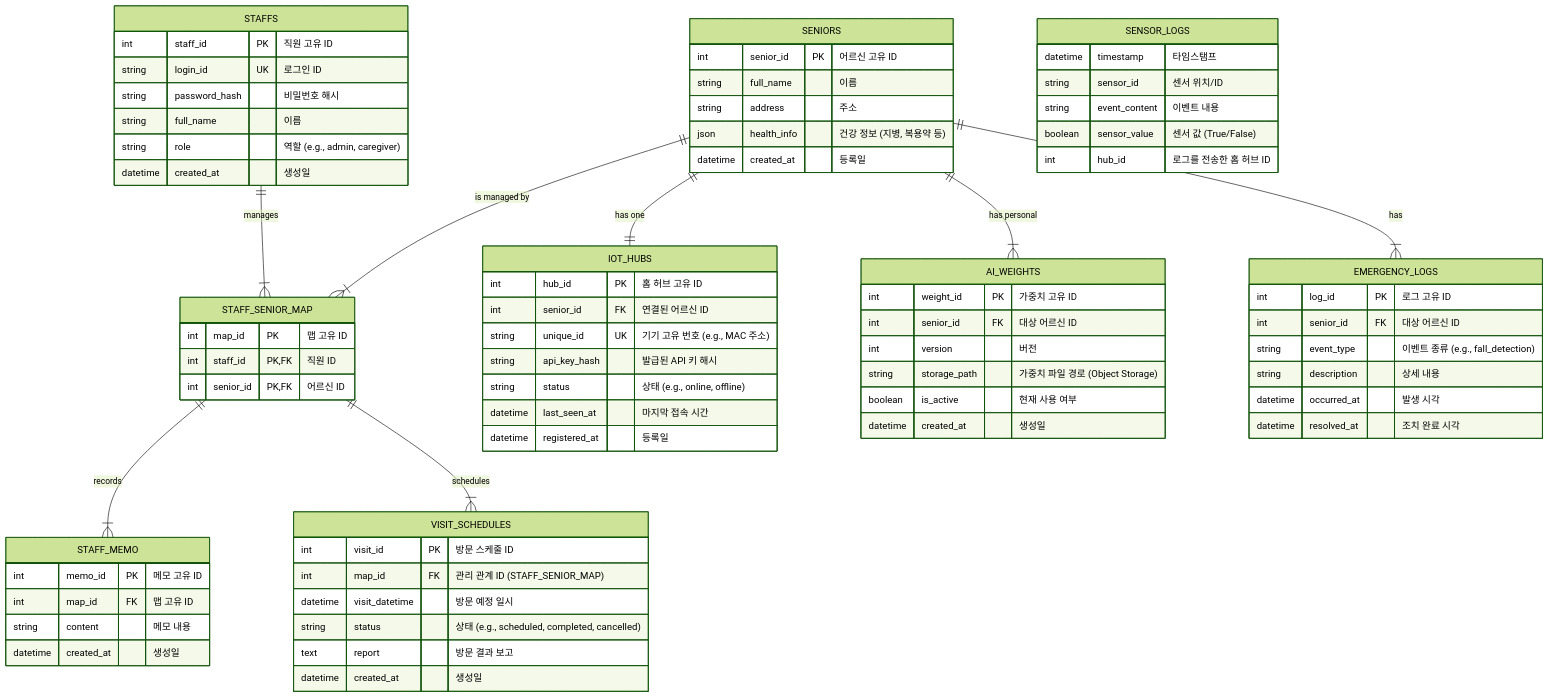
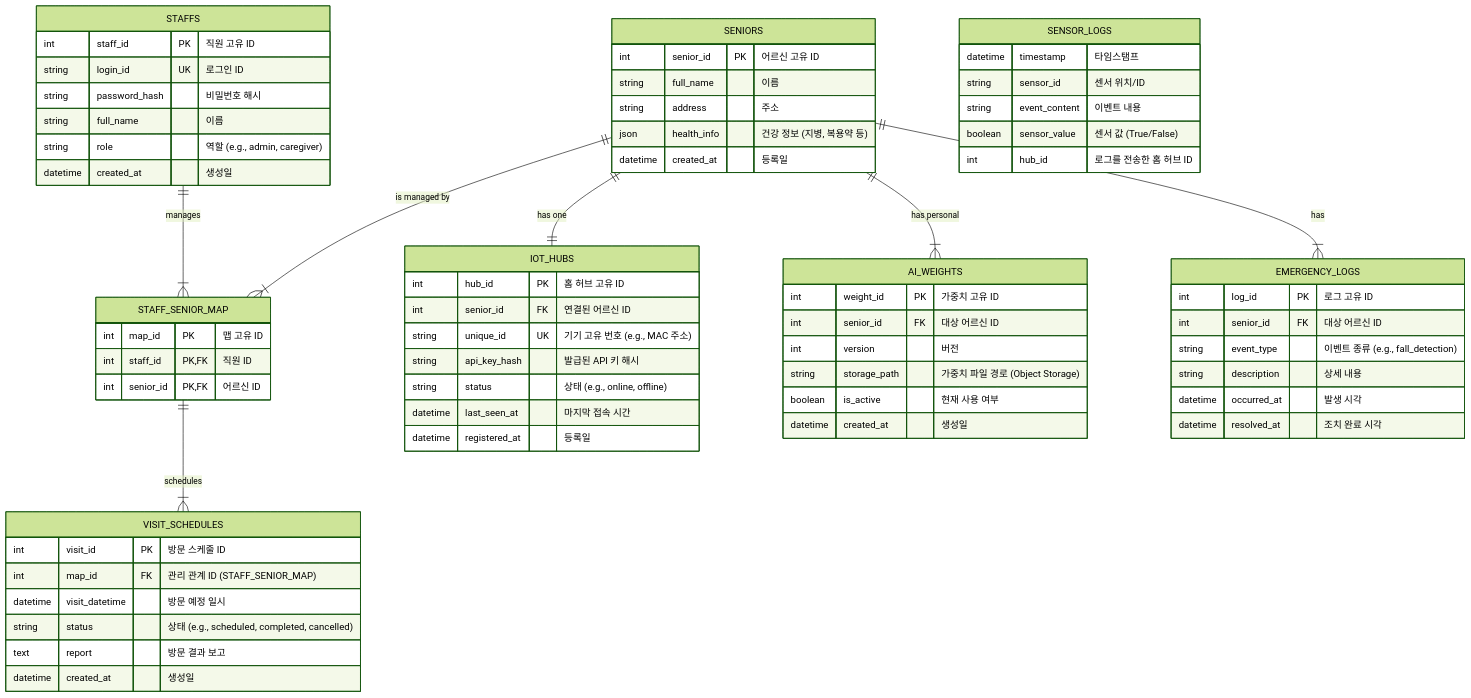
The diagram in BackEnd/design/ERD.mmd (jiminh03/SST), drawn with Mermaid (forest theme) before and after one commit. The commit also changed 12 other files, not shown here.

```diff
--- a/BackEnd/design/ERD.mmd
+++ b/BackEnd/design/ERD.mmd
@@ -1,93 +1,85 @@
 erDiagram
     %% --- Entities Definition ---
 
     STAFFS {
         int staff_id PK "직원 고유 ID"
         string login_id UK "로그인 ID"
         string password_hash "비밀번호 해시"
         string full_name "이름"
         string role "역할 (e.g., admin, caregiver)"
         datetime created_at "생성일"
     }
 
     SENIORS {
         int senior_id PK "어르신 고유 ID"
         string full_name "이름"
         string address "주소"
         json health_info "건강 정보 (지병, 복용약 등)"
         datetime created_at "등록일"
     }
 
     STAFF_SENIOR_MAP {
         int map_id PK "맵 고유 ID"
         int staff_id PK, FK "직원 ID"
         int senior_id PK, FK "어르신 ID"
-    }
-
-    STAFF_MEMO {
-        int memo_id PK "메모 고유 ID"
-        int map_id FK "맵 고유 ID"
-        string content "메모 내용"
-        datetime created_at "생성일"
     }
 
     IOT_HUBS {
         int hub_id PK "홈 허브 고유 ID"
         int senior_id FK "연결된 어르신 ID"
         string unique_id UK "기기 고유 번호 (e.g., MAC 주소)"
         string api_key_hash "발급된 API 키 해시"
         string status "상태 (e.g., online, offline)"
         datetime last_seen_at "마지막 접속 시간"
         datetime registered_at "등록일"
     }
 
     AI_WEIGHTS {
         int weight_id PK "가중치 고유 ID"
         int senior_id FK "대상 어르신 ID"
         int version "버전"
         string storage_path "가중치 파일 경로 (Object Storage)"
         boolean is_active "현재 사용 여부"
         datetime created_at "생성일"
     }
 
     EMERGENCY_LOGS {
         int log_id PK "로그 고유 ID"
         int senior_id FK "대상 어르신 ID"
         string event_type "이벤트 종류 (e.g., fall_detection)"
         string description "상세 내용"
         datetime occurred_at "발생 시각"
         datetime resolved_at "조치 완료 시각"
     }
 
     VISIT_SCHEDULES {
     int visit_id PK "방문 스케줄 ID"
     int map_id FK "관리 관계 ID (STAFF_SENIOR_MAP)"
     datetime visit_datetime "방문 예정 일시"
     string status "상태 (e.g., scheduled, completed, cancelled)"
     text report "방문 결과 보고"
     datetime created_at "생성일"
 }
 
     %% --- Time-Series Data (Logical Representation) ---
     %% 시계열 데이터(센서 로그)는 별도의 Time-Series DB(e.g., TimescaleDB)에 저장됩니다.
     %% 아래는 개념적 표현이며, 실제 테이블은 관계형 DB에 존재하지 않습니다.
     SENSOR_LOGS {
         datetime timestamp "타임스탬프"
         string sensor_id "센서 위치/ID"
         string event_content "이벤트 내용"
         boolean sensor_value "센서 값 (True/False)"
         int hub_id "로그를 전송한 홈 허브 ID"
     }
 
 
     %% --- Relationships Definition ---
 
     STAFFS ||--|{ STAFF_SENIOR_MAP : "manages"
     SENIORS ||--|{ STAFF_SENIOR_MAP : "is managed by"
 
     SENIORS ||--|| IOT_HUBS : "has one"
     SENIORS ||--|{ AI_WEIGHTS : "has personal"
     SENIORS ||--|{ EMERGENCY_LOGS : "has"
     
-    STAFF_SENIOR_MAP ||--|{ STAFF_MEMO : "records"
     STAFF_SENIOR_MAP ||--|{ VISIT_SCHEDULES : "schedules"
```
